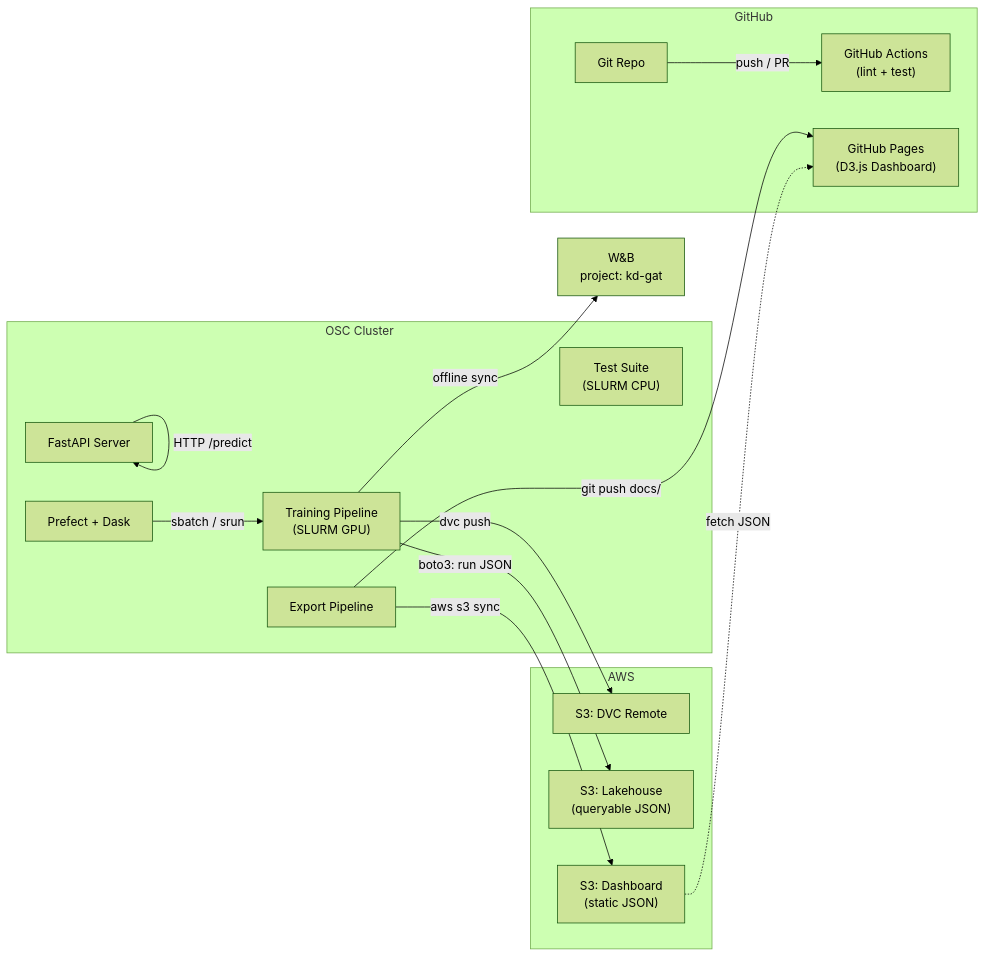
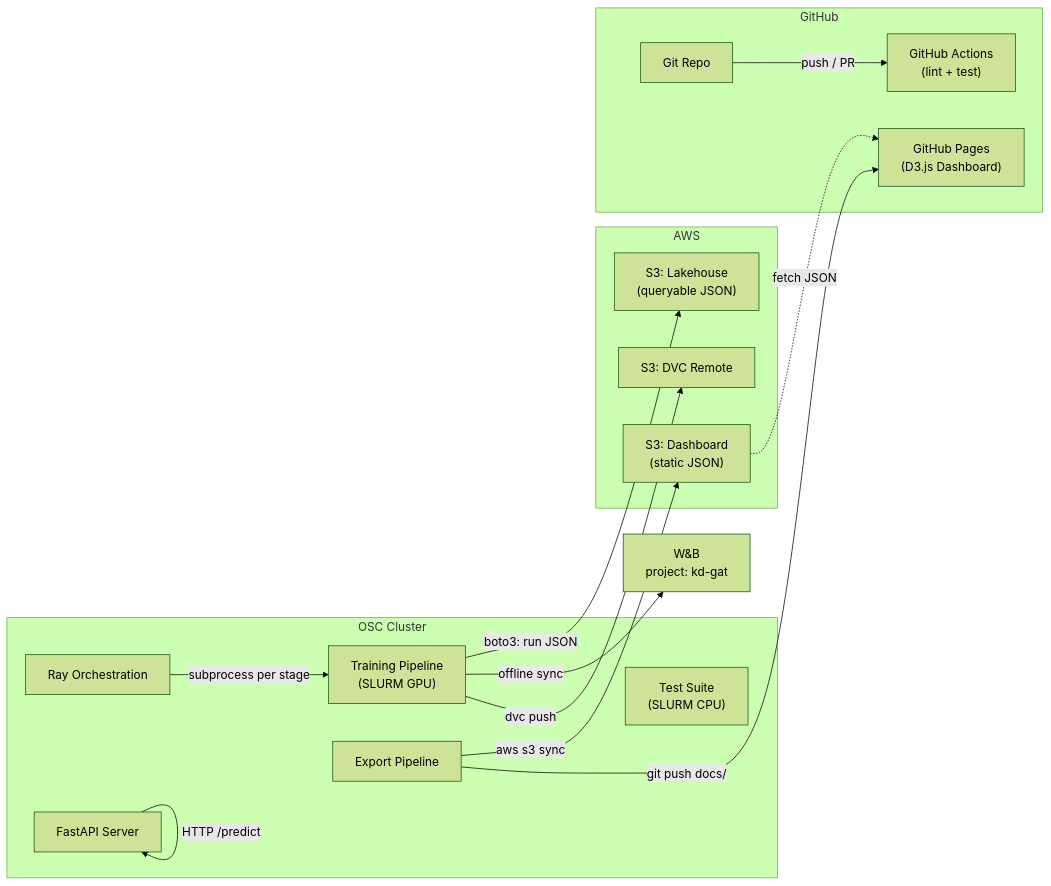
Before and after one commit to RobertFrenken/DQN-Fusion: the second of 3 diagrams in docs/ECOSYSTEM.md, drawn with Mermaid (forest theme). The commit also changed other lines of this file and 21 other files, not shown here.

````diff
--- a/docs/ECOSYSTEM.md
+++ b/docs/ECOSYSTEM.md
@@ -183,34 +184,34 @@
 ```mermaid
 flowchart LR
     subgraph OSC["OSC Cluster"]
+        Ray["Ray Orchestration"]
         Pipeline["Training Pipeline<br/>(SLURM GPU)"]
         Export["Export Pipeline"]
         Tests["Test Suite<br/>(SLURM CPU)"]
         Serve["FastAPI Server"]
-        Prefect["Prefect + Dask"]
     end
 
     subgraph AWS["AWS"]
         S3_DVC["S3: DVC Remote"]
         S3_Lake["S3: Lakehouse<br/>(queryable JSON)"]
         S3_Dash["S3: Dashboard<br/>(static JSON)"]
     end
 
     subgraph GitHub["GitHub"]
         Repo["Git Repo"]
         Actions["GitHub Actions<br/>(lint + test)"]
         Pages["GitHub Pages<br/>(D3.js Dashboard)"]
     end
 
     WandB["W&B<br/>project: kd-gat"]
 
     Pipeline -->|"boto3: run JSON"| S3_Lake
     Pipeline -->|"offline sync"| WandB
     Pipeline -->|"dvc push"| S3_DVC
     Export -->|"aws s3 sync"| S3_Dash
     Export -->|"git push docs/"| Pages
     Repo -->|"push / PR"| Actions
-    Prefect -->|"sbatch / srun"| Pipeline
+    Ray -->|"subprocess per stage"| Pipeline
     Serve -->|"HTTP /predict"| Serve
     S3_Dash -.->|"fetch JSON"| Pages
 ```
````
